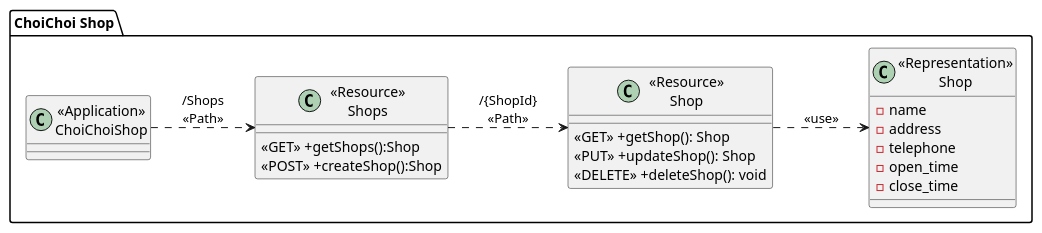
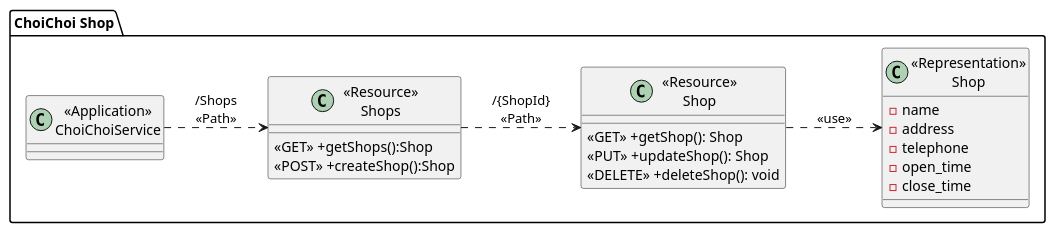
The diagram in diagram/ShopClass.puml (2110503TACEDT66/presentation-day-1-choichoi), drawn with PlantUML before and after one commit. The commit also changed 2 other files, not shown here.

```diff
--- a/diagram/ShopClass.puml
+++ b/diagram/ShopClass.puml
@@ -1,33 +1,33 @@
 @startuml
 left to right direction
 package "ChoiChoi Shop"{
-    class "<<Application>>\nChoiChoiShop" as ChoiChoiService{}
+    class "<<Application>>\nChoiChoiService" as ChoiChoiService{}
 
     class "<<Resource>>\nShops" as ResourceShops{
         <<GET>> +getShops():Shop
         <<POST>> +createShop():Shop
     }
 
     class "<<Resource>>\nShop" as ResourceShop {
         <<GET>> +getShop(): Shop
         <<PUT>> +updateShop(): Shop
         <<DELETE>> +deleteShop(): void
     }
 
     class "<<Representation>>\nShop" as RepresentationShop {
         -name
         -address
         -telephone
         -open_time
         -close_time
     }
 
 }
 
 ChoiChoiService ..> ResourceShops:"/Shops\n<<Path>>"
 ResourceShops ..> ResourceShop: "/{ShopId}\n<<Path>>"
 ResourceShop ..> RepresentationShop: "<<use>>"
 
 
 
 @enduml
```
